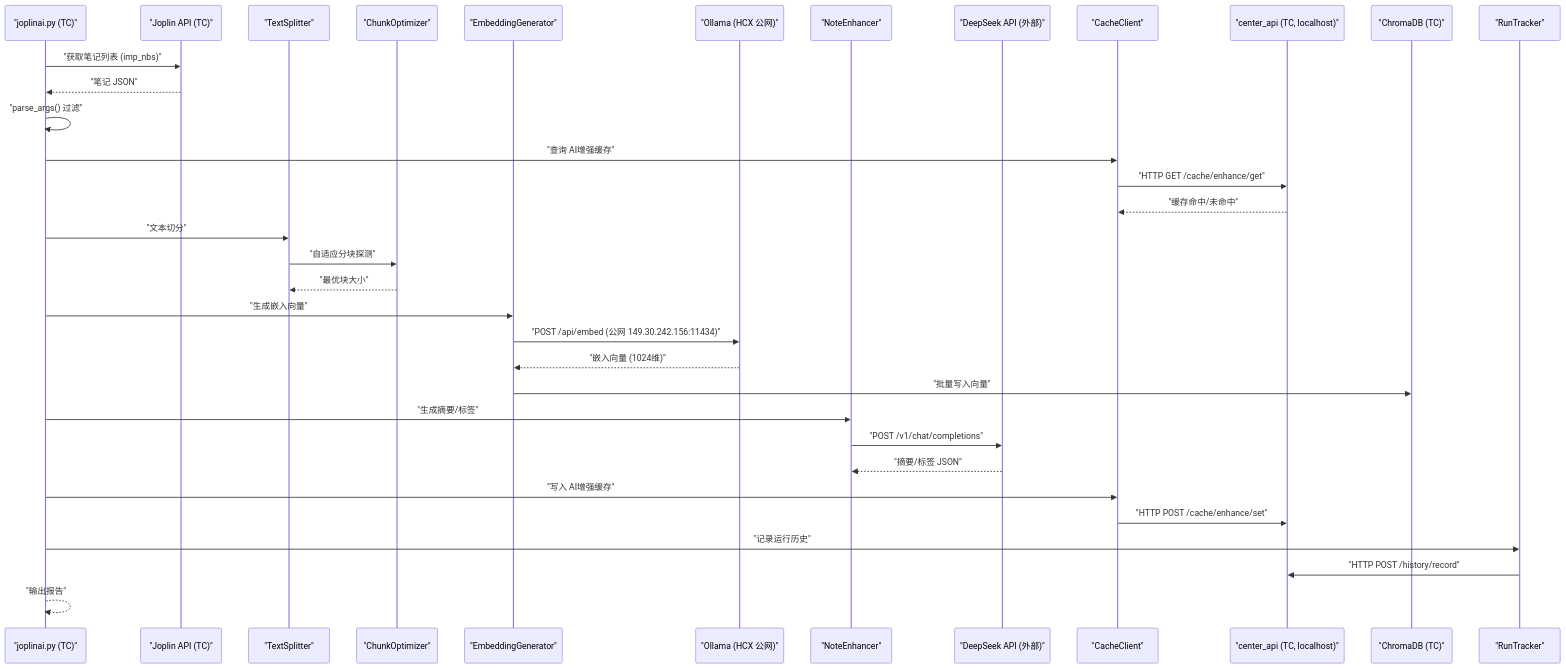
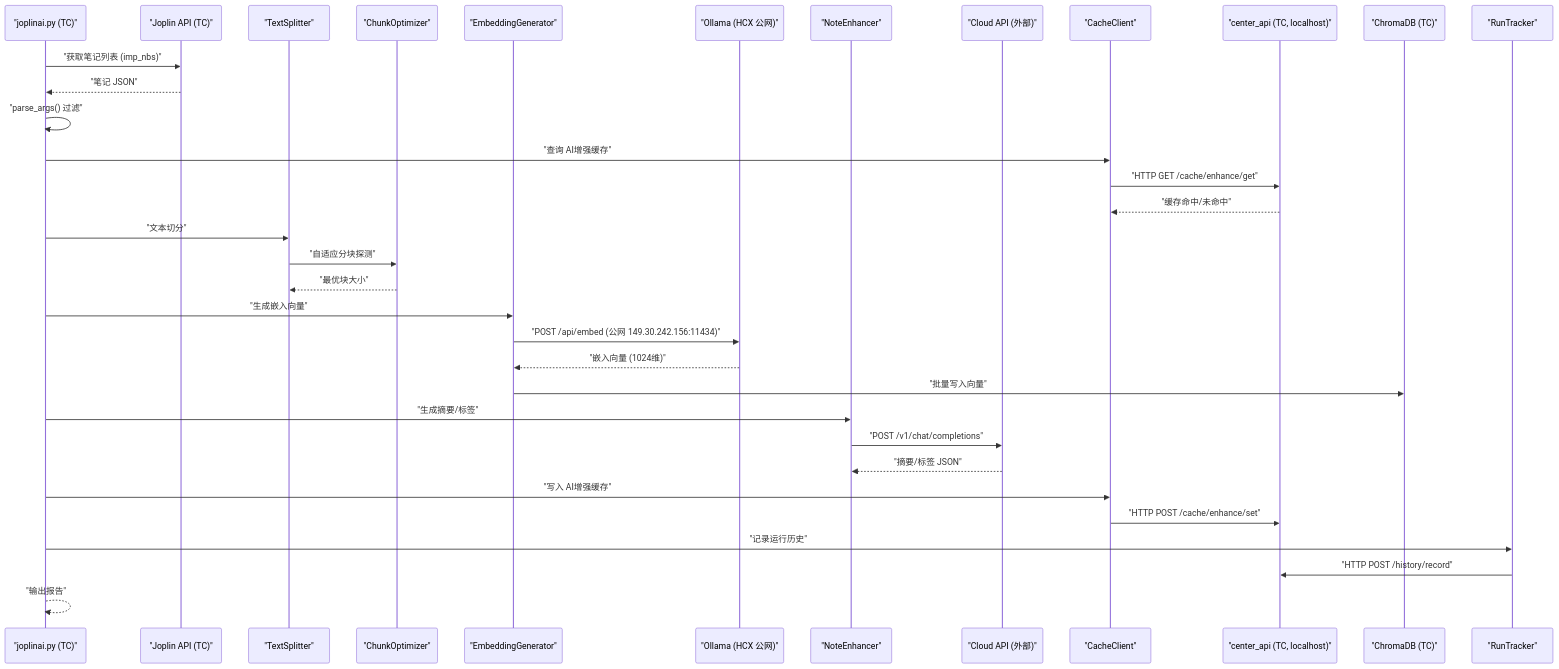
One commit to heart5/joplinai changed the fourth of 10 diagrams in docs/TECHNICAL_MANUAL.md. Above: the diagram before and after it, drawn with Mermaid. The commit also changed other lines of this file and 3 other files, not shown here.

````diff
--- a/docs/TECHNICAL_MANUAL.md
+++ b/docs/TECHNICAL_MANUAL.md
@@ -214,37 +214,37 @@
 ```mermaid
 sequenceDiagram
     participant CLI as "joplinai.py (TC)"
     participant JP as "Joplin API (TC)"
     participant TS as "TextSplitter"
     participant CO as "ChunkOptimizer"
     participant EG as "EmbeddingGenerator"
     participant OLLAMA as "Ollama (HCX 公网)"
     participant DS as "NoteEnhancer"
-    participant CLOUD as "DeepSeek API (外部)"
+    participant CLOUD as "Cloud API (外部)"
     participant CC as "CacheClient"
     participant CA as "center_api (TC, localhost)"
     participant VDB as "ChromaDB (TC)"
     participant RT as "RunTracker"
 
     CLI->>JP: "获取笔记列表 (imp_nbs)"
     JP-->>CLI: "笔记 JSON"
     CLI->>CLI: "parse_args() 过滤"
     CLI->>CC: "查询 AI增强缓存"
     CC->>CA: "HTTP GET /cache/enhance/get"
     CA-->>CC: "缓存命中/未命中"
     CLI->>TS: "文本切分"
     TS->>CO: "自适应分块探测"
     CO-->>TS: "最优块大小"
     CLI->>EG: "生成嵌入向量"
     EG->>OLLAMA: "POST /api/embed (公网 149.30.242.156:11434)"
     OLLAMA-->>EG: "嵌入向量 (1024维)"
     EG->>VDB: "批量写入向量"
     CLI->>DS: "生成摘要/标签"
     DS->>CLOUD: "POST /v1/chat/completions"
     CLOUD-->>DS: "摘要/标签 JSON"
     CLI->>CC: "写入 AI增强缓存"
     CC->>CA: "HTTP POST /cache/enhance/set"
     CLI->>RT: "记录运行历史"
     RT->>CA: "HTTP POST /history/record"
     CLI-->>CLI: "输出报告"
 ```
````
